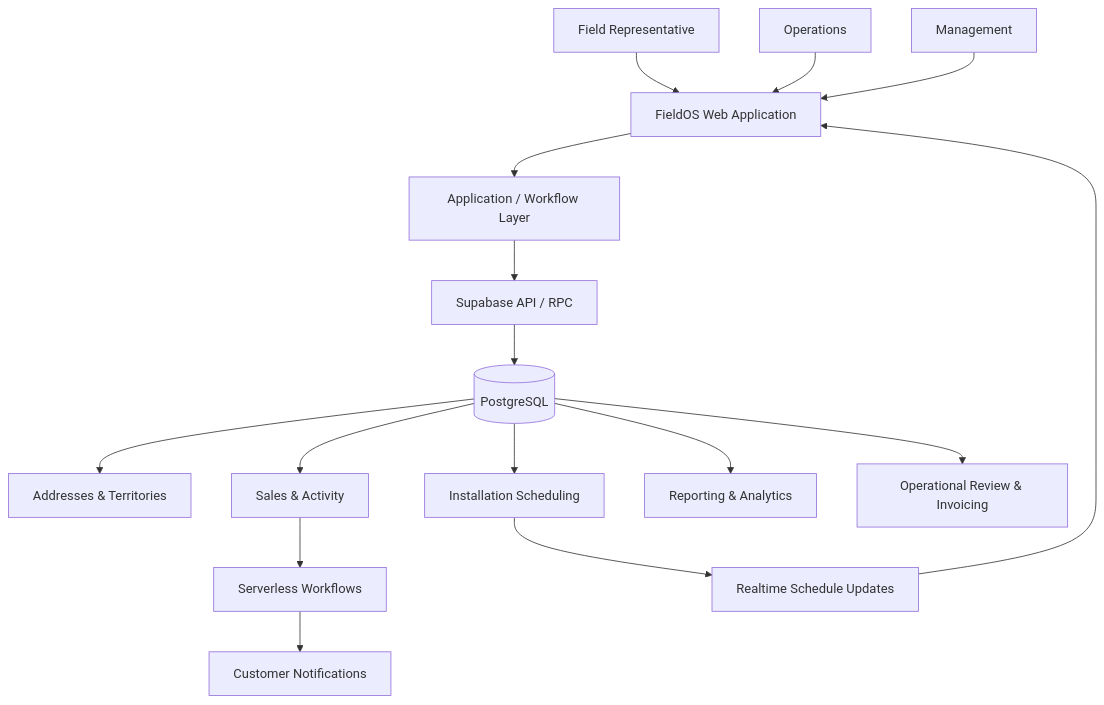
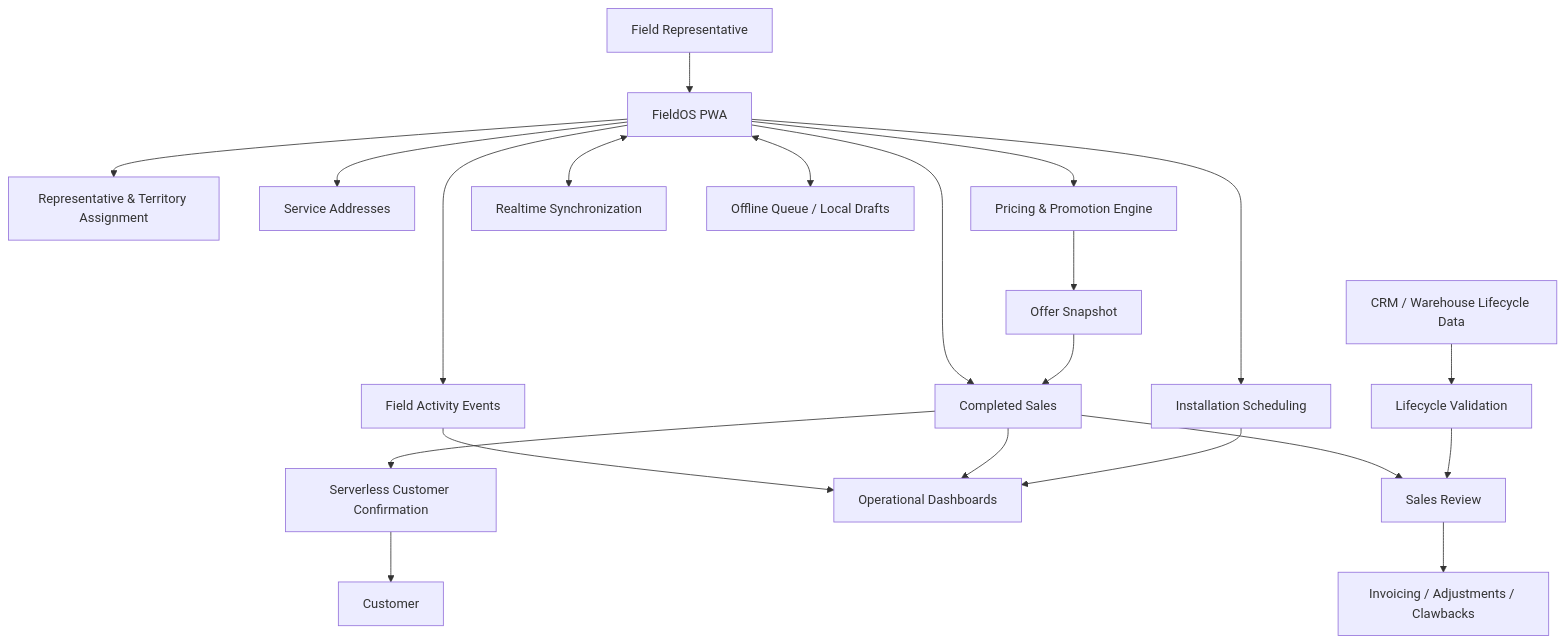
The first of 2 diagrams in README.md (kaseypelchy-ops/fieldos-project-showcase), drawn with Mermaid before and after one commit. The commit also changed other lines of this file, not shown here.

First line of the commit message:
Rename project to FieldOS and enhance README content

````diff
--- a/README.md
+++ b/README.md
@@ -103,23 +93,30 @@
 ```mermaid
 flowchart TD
-    A[Field Representative] --> B[FieldOS Web Application]
-    C[Operations] --> B
-    D[Management] --> B
+    REP[Field Representative] --> PWA[FieldOS PWA]
 
-    B --> E[Application / Workflow Layer]
-    E --> F[Supabase API / RPC]
-    F --> G[(PostgreSQL)]
+    PWA --> PEOPLE[Representative & Territory Assignment]
+    PWA --> ADDR[Service Addresses]
+    PWA --> EVENTS[Field Activity Events]
+    PWA --> PRICING[Pricing & Promotion Engine]
+    PWA --> SCHEDULE[Installation Scheduling]
+    PWA --> SALES[Completed Sales]
 
-    G --> H[Addresses & Territories]
-    G --> I[Sales & Activity]
-    G --> J[Installation Scheduling]
-    G --> K[Reporting & Analytics]
+    PWA <--> REALTIME[Realtime Synchronization]
+    PWA <--> OFFLINE[Offline Queue / Local Drafts]
 
-    J --> L[Realtime Schedule Updates]
-    L --> B
+    PRICING --> SNAPSHOT[Offer Snapshot]
+    SNAPSHOT --> SALES
 
-    I --> M[Serverless Workflows]
-    M --> N[Customer Notifications]
+    SALES --> EMAIL[Serverless Customer Confirmation]
+    EMAIL --> CUSTOMER[Customer]
 
-    G --> O[Operational Review & Invoicing]
+    EVENTS --> DASH[Operational Dashboards]
+    SALES --> DASH
+    SCHEDULE --> DASH
+
+    SALES --> REVIEW[Sales Review]
+    REVIEW --> INVOICE[Invoicing / Adjustments / Clawbacks]
+
+    CRM[CRM / Warehouse Lifecycle Data] --> VALIDATE[Lifecycle Validation]
+    VALIDATE --> REVIEW
 ```
````
